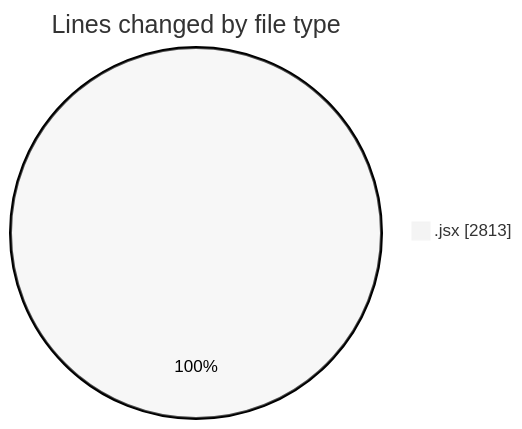
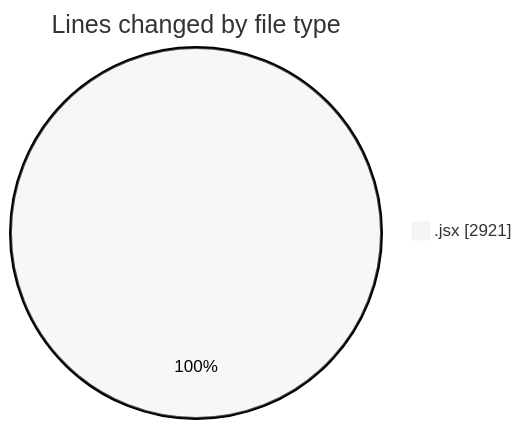
Before and after one commit to nxtqubesakshisongat/code-tracking: the first of 2 diagrams in 2025-09-25/nxtqube_webapp/README.md, drawn with Mermaid (neutral theme). The commit also changed other lines of this file and 1 other file, not shown here.

````diff
--- a/2025-09-25/nxtqube_webapp/README.md
+++ b/2025-09-25/nxtqube_webapp/README.md
@@ -20,5 +20,5 @@
 ```mermaid
 pie showData
 title Lines changed by file type
-".jsx" : 2813
+".jsx" : 2921
 ```
````
